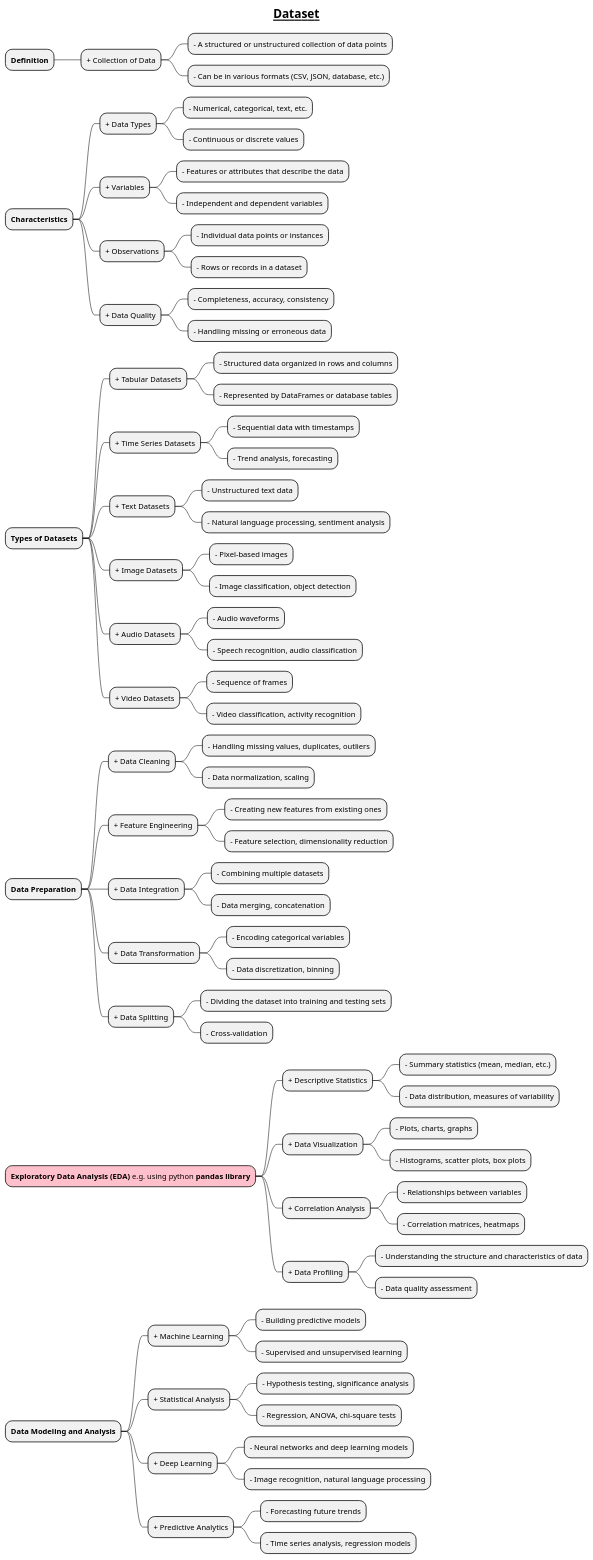
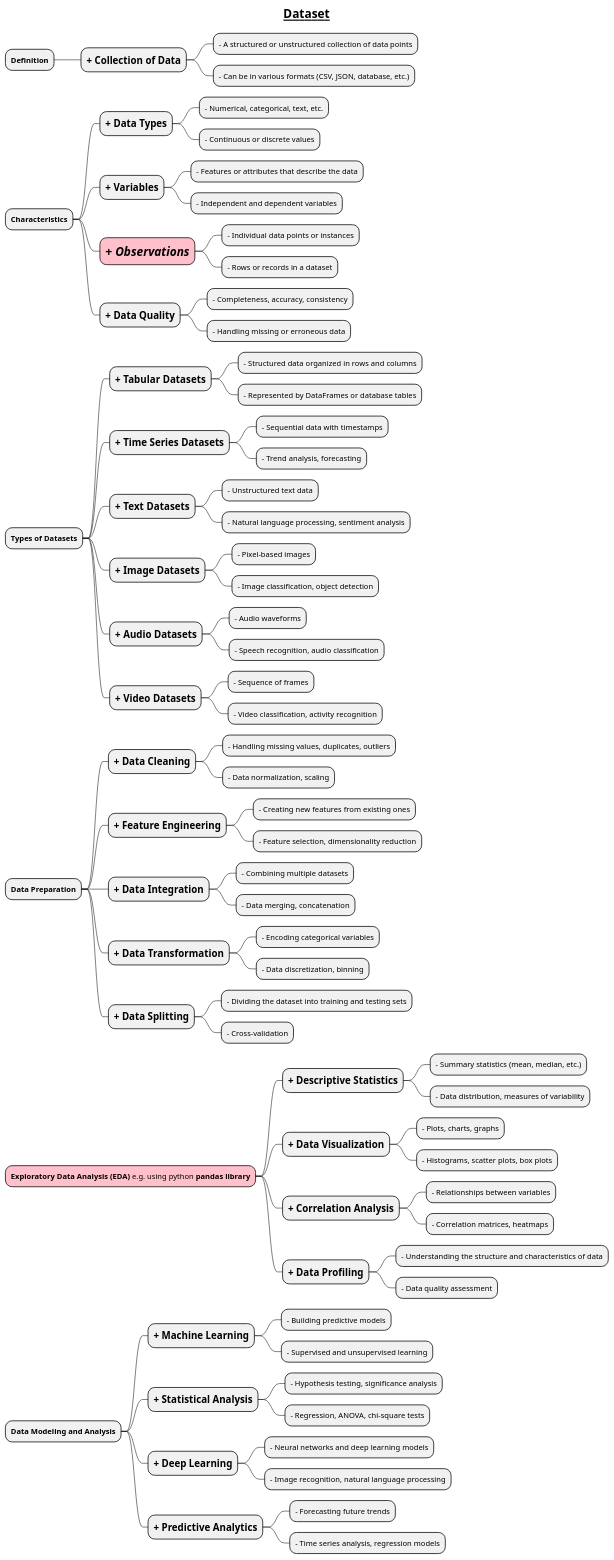
One commit to MehmoodHashmi/Documentation-as-Code-DaC changed the diagram in docs/AI-ML- DL-Data-Science-and-BigData/data-science-with-python/1-data-manipulation-libraries/Dataset.puml. Above: the diagram before and after it, drawn with PlantUML. The commit also changed 24 other files, not shown here.

```diff
--- a/docs/AI-ML- DL-Data-Science-and-BigData/data-science-with-python/1-data-manipulation-libraries/Dataset.puml
+++ b/docs/AI-ML- DL-Data-Science-and-BigData/data-science-with-python/1-data-manipulation-libraries/Dataset.puml
@@ -1,89 +1,89 @@
 @startmindmap
 
 title =__ Dataset __
 
 * **Definition**
-** + Collection of Data
+** =+ Collection of Data
 *** - A structured or unstructured collection of data points
 *** - Can be in various formats (CSV, JSON, database, etc.)
 
 * **Characteristics**
-** + Data Types
+** =+ Data Types
 *** - Numerical, categorical, text, etc.
 *** - Continuous or discrete values
-** + Variables
+** =+ Variables
 *** - Features or attributes that describe the data
 *** - Independent and dependent variables
-** + Observations
+**[#pink] =//+ Observations//
 *** - Individual data points or instances
 *** - Rows or records in a dataset
-** + Data Quality
+** =+ Data Quality
 *** - Completeness, accuracy, consistency
 *** - Handling missing or erroneous data
 
 * **Types of Datasets**
-** + Tabular Datasets
+** =+ Tabular Datasets
 *** - Structured data organized in rows and columns
 *** - Represented by DataFrames or database tables
-** + Time Series Datasets
+** =+ Time Series Datasets
 *** - Sequential data with timestamps
 *** - Trend analysis, forecasting
-** + Text Datasets
+** =+ Text Datasets
 *** - Unstructured text data
 *** - Natural language processing, sentiment analysis
-** + Image Datasets
+** =+ Image Datasets
 *** - Pixel-based images
 *** - Image classification, object detection
-** + Audio Datasets
+** =+ Audio Datasets
 *** - Audio waveforms
 *** - Speech recognition, audio classification
-** + Video Datasets
+** =+ Video Datasets
 *** - Sequence of frames
 *** - Video classification, activity recognition
 
 * **Data Preparation**
-** + Data Cleaning
+** =+ Data Cleaning
 *** - Handling missing values, duplicates, outliers
 *** - Data normalization, scaling
-** + Feature Engineering
+** =+ Feature Engineering
 *** - Creating new features from existing ones
 *** - Feature selection, dimensionality reduction
-** + Data Integration
+** =+ Data Integration
 *** - Combining multiple datasets
 *** - Data merging, concatenation
-** + Data Transformation
+** =+ Data Transformation
 *** - Encoding categorical variables
 *** - Data discretization, binning
-** + Data Splitting
+** =+ Data Splitting
 *** - Dividing the dataset into training and testing sets
 *** - Cross-validation
 
 *[#pink] **Exploratory Data Analysis (EDA)** e.g. using python **pandas library**
-** + Descriptive Statistics
+** =+ Descriptive Statistics
 *** - Summary statistics (mean, median, etc.)
 *** - Data distribution, measures of variability
-** + Data Visualization
+** =+ Data Visualization
 *** - Plots, charts, graphs
 *** - Histograms, scatter plots, box plots
-** + Correlation Analysis
+** =+ Correlation Analysis
 *** - Relationships between variables
 *** - Correlation matrices, heatmaps
-** + Data Profiling
+** =+ Data Profiling
 *** - Understanding the structure and characteristics of data
 *** - Data quality assessment
 
 * **Data Modeling and Analysis**
-** + Machine Learning
+** =+ Machine Learning
 *** - Building predictive models
 *** - Supervised and unsupervised learning
-** + Statistical Analysis
+** =+ Statistical Analysis
 *** - Hypothesis testing, significance analysis
 *** - Regression, ANOVA, chi-square tests
-** + Deep Learning
+** =+ Deep Learning
 *** - Neural networks and deep learning models
 *** - Image recognition, natural language processing
-** + Predictive Analytics
+** =+ Predictive Analytics
 *** - Forecasting future trends
 *** - Time series analysis, regression models
 
 @endmindmap
```
